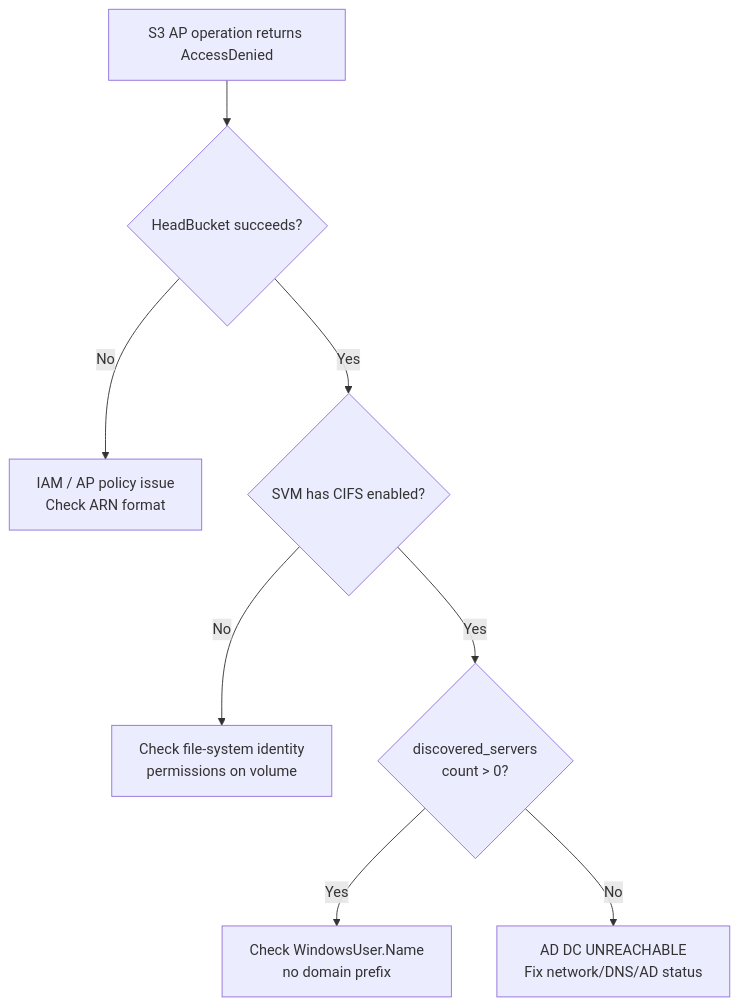
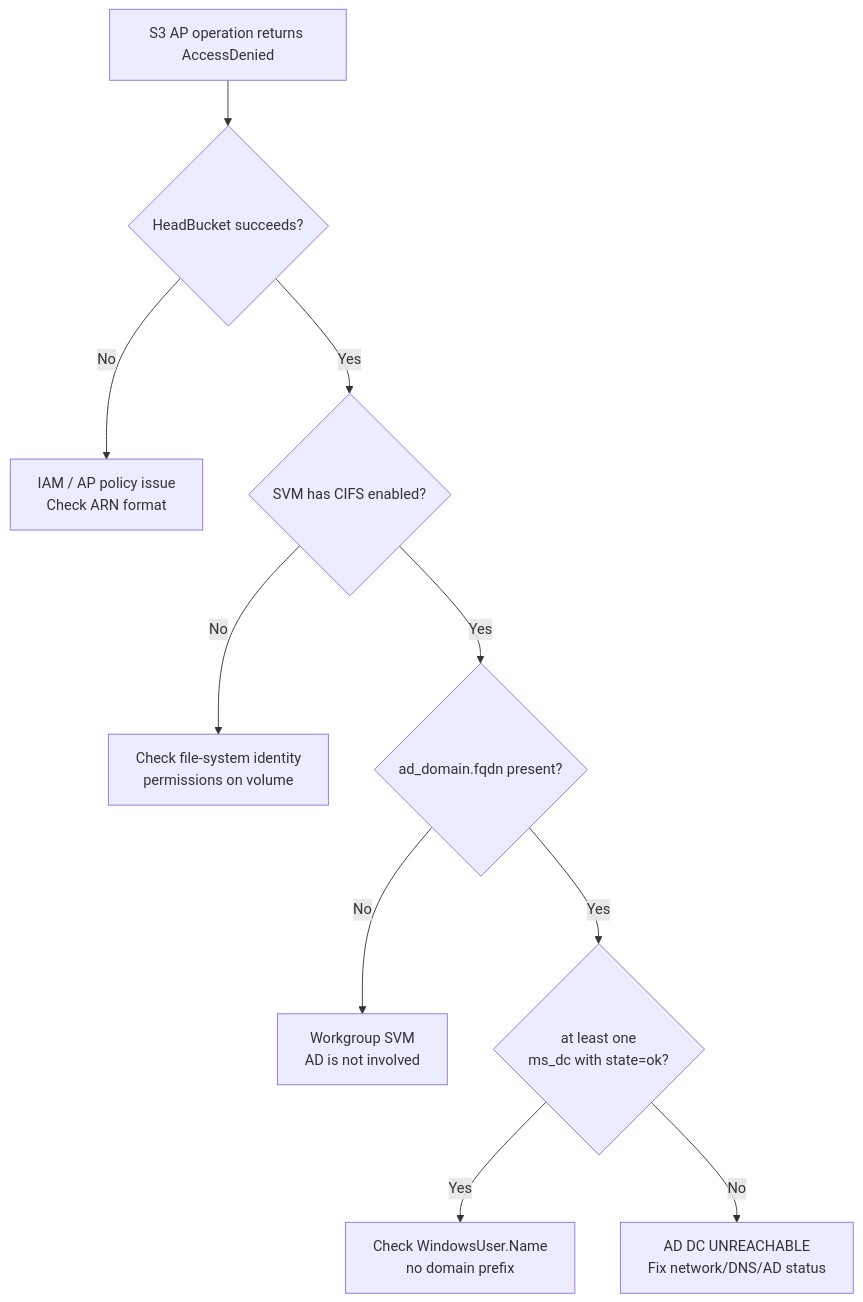
One commit to Yoshiki0705/FSx-for-ONTAP-S3AccessPoints-Serverless-Patterns changed the second of 2 diagrams in docs/en/ad-joined-svm-s3ap-prerequisites.md. Above: the diagram before and after it, drawn with Mermaid. The commit also changed other lines of this file and 3 other files, not shown here.

````diff
--- a/docs/en/ad-joined-svm-s3ap-prerequisites.md
+++ b/docs/en/ad-joined-svm-s3ap-prerequisites.md
@@ -433,10 +490,12 @@
 ```mermaid
 graph TD
     A[S3 AP operation returns AccessDenied] --> B{HeadBucket succeeds?}
     B -->|No| C[IAM / AP policy issue<br/>Check ARN format]
     B -->|Yes| D{SVM has CIFS enabled?}
     D -->|No| E[Check file-system identity<br/>permissions on volume]
-    D -->|Yes| F{discovered_servers<br/>count > 0?}
+    D -->|Yes| D2{ad_domain.fqdn present?}
+    D2 -->|No| E2[Workgroup SVM<br/>AD is not involved]
+    D2 -->|Yes| F{at least one<br/>ms_dc with state=ok?}
     F -->|Yes| G[Check WindowsUser.Name<br/>no domain prefix]
     F -->|No| H[AD DC UNREACHABLE<br/>Fix network/DNS/AD status]
 ```
````
